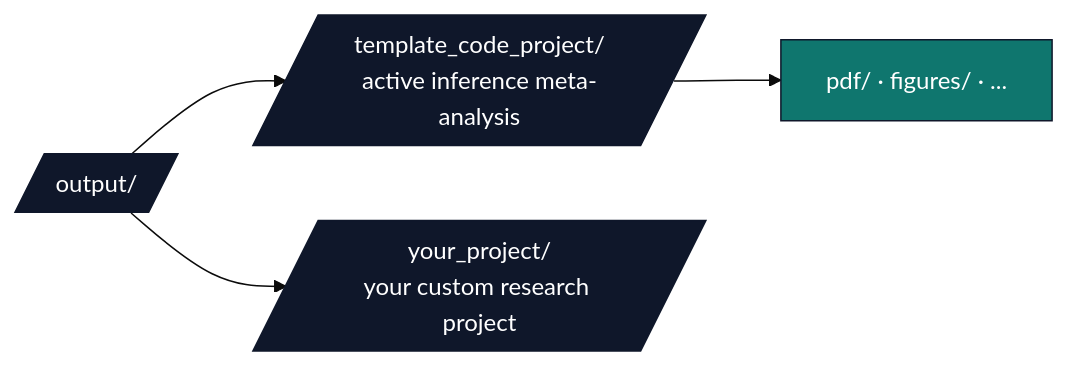
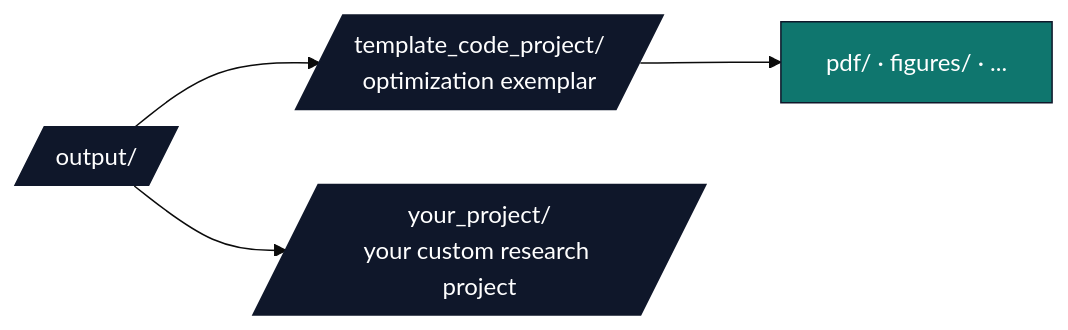
The third of 3 diagrams in projects/README.md (docxology/template), drawn with Mermaid (base theme) before and after one commit. The commit also changed other lines of this file and 28 other files, not shown here.

````diff
--- a/projects/README.md
+++ b/projects/README.md
@@ -515,12 +511,12 @@
 ```mermaid
 flowchart LR
     OUT[/output//]
-    OUT --> CP[/template_code_project/<br/>active inference meta-analysis/]
+    OUT --> CP[/template_code_project/<br/>optimization exemplar/]
     OUT --> YP[/your_project/<br/>your custom research project/]
     CP --> CP_F[pdf/ · figures/ · ...]
 
     classDef d fill:#0f172a,stroke:#0f172a,color:#fff
     classDef f fill:#0f766e,stroke:#0f172a,color:#fff
     class OUT,CP,YP d
     class CP_F f
 ```
````
